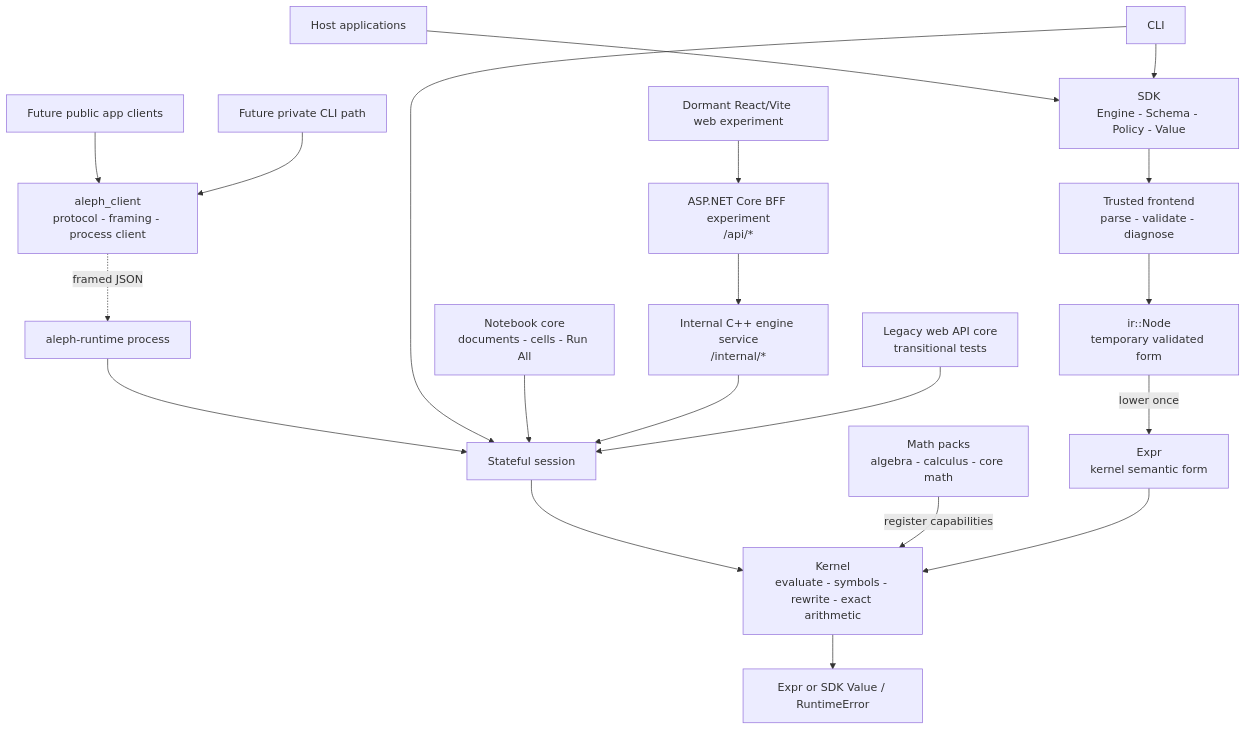
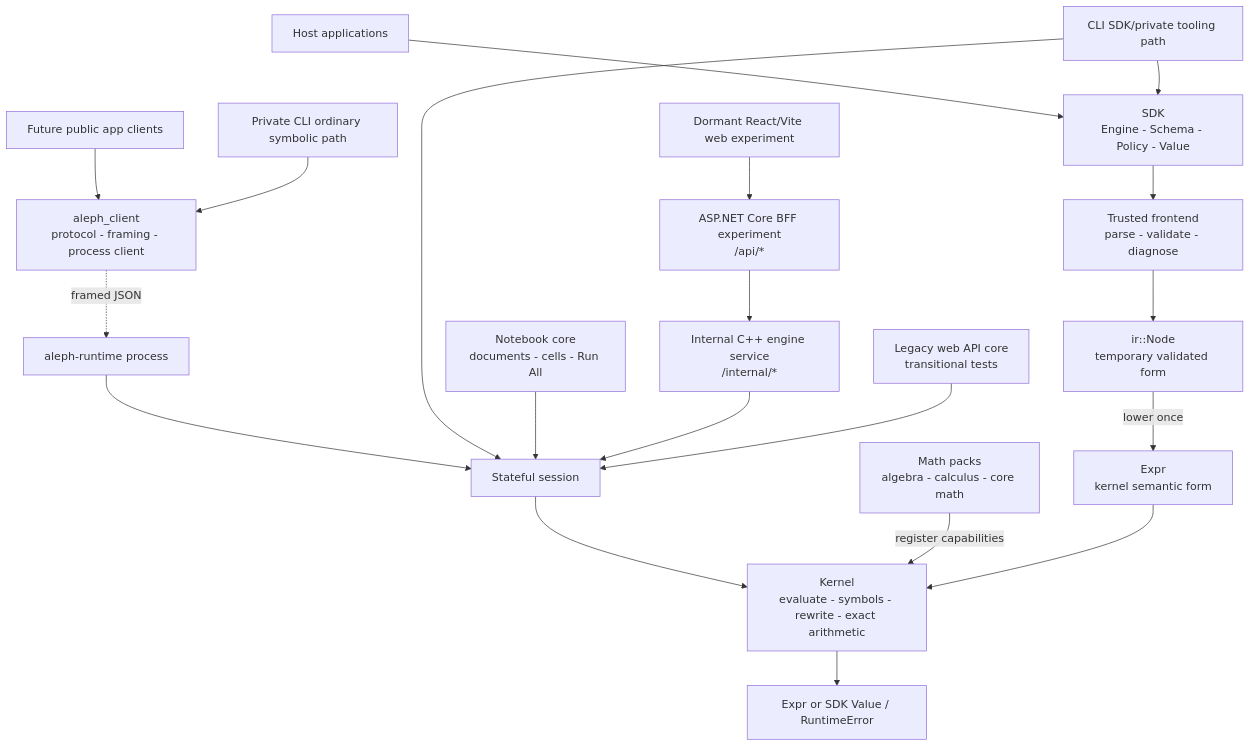
One commit to sergiorf/aleph3 changed the first of 10 diagrams in docs/architecture.md. Above: the diagram before and after it, drawn with Mermaid. The commit also changed other lines of this file and 9 other files, not shown here.

First line of the commit message:
Implement runtime-backed private CLI migration

````diff
--- a/docs/architecture.md
+++ b/docs/architecture.md
@@ -20,22 +20,22 @@
 ```mermaid
 flowchart TB
     Host["Host applications"] --> SDK["SDK<br/>Engine - Schema - Policy - Value"]
     AppClient["Future public app clients"] --> AlephClient["aleph_client<br/>protocol - framing - process client"]
-    PrivateCLI["Future private CLI path"] --> AlephClient
+    PrivateCLI["Private CLI ordinary symbolic path"] --> AlephClient
     AlephClient -. framed JSON .-> RuntimeProcess["aleph-runtime process"]
     RuntimeProcess --> Session
-    CLI["CLI"] --> Session["Stateful session"]
+    CLI["CLI SDK/private tooling path"] --> Session["Stateful session"]
     Notebook["Notebook core<br/>documents - cells - Run All"] --> Session
     WebFrontend["Dormant React/Vite web experiment"] --> BFF["ASP.NET Core BFF experiment<br/>/api/*"]
     BFF --> EngineSvc["Internal C++ engine service<br/>/internal/*"]
     EngineSvc --> Session
     WebApi["Legacy web API core<br/>transitional tests"] --> Session
     Session --> Kernel
     CLI --> SDK
     SDK --> Frontend["Trusted frontend<br/>parse - validate - diagnose"]
     Frontend --> IR["ir::Node<br/>temporary validated form"]
     IR -->|lower once| Expr["Expr<br/>kernel semantic form"]
     Packs["Math packs<br/>algebra - calculus - core math"] -->|register capabilities| Kernel
     Expr --> Kernel["Kernel<br/>evaluate - symbols - rewrite - exact arithmetic"]
     Kernel --> Result["Expr or SDK Value / RuntimeError"]
 ```
````
